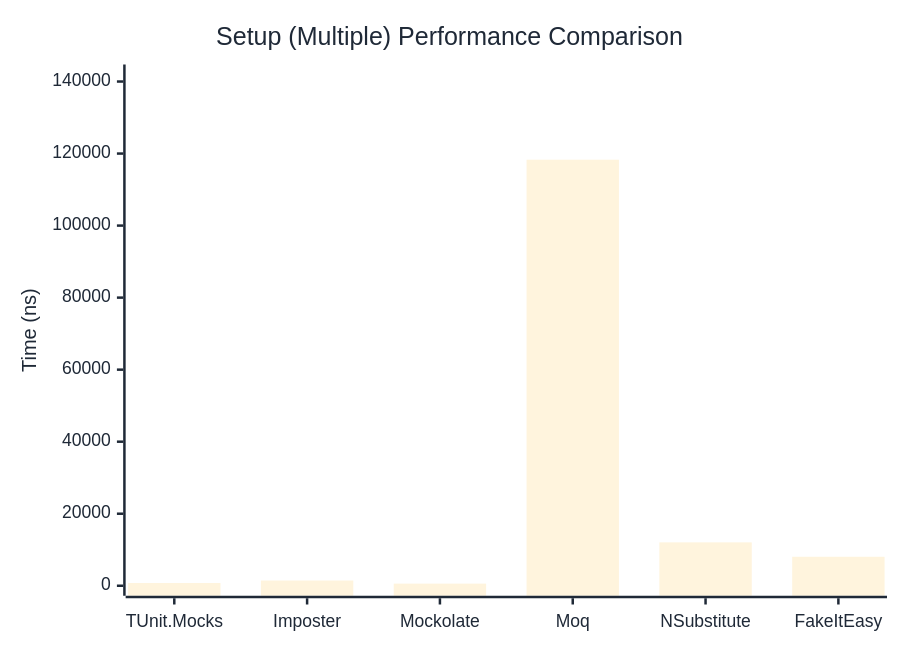
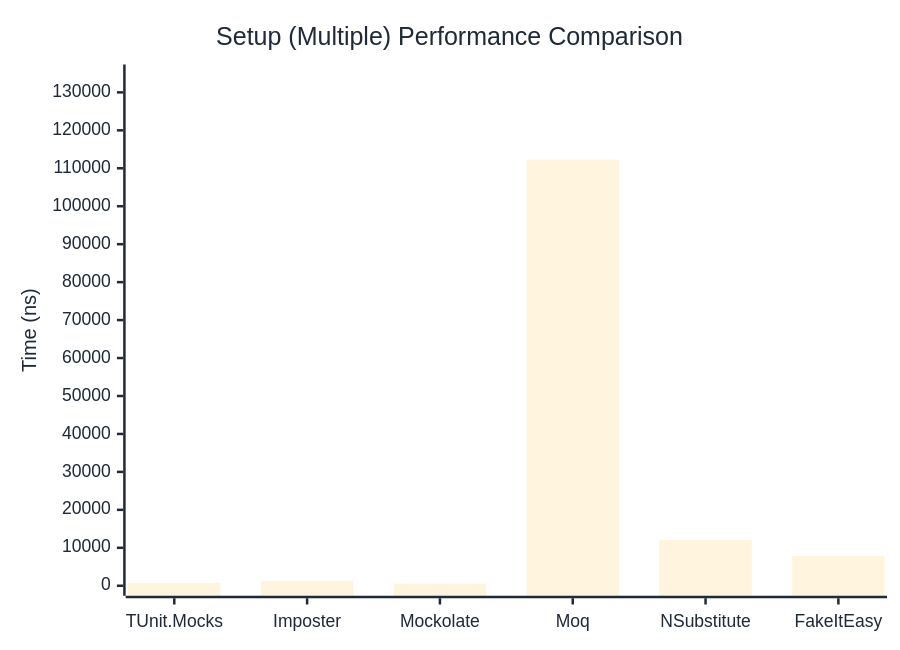
The second of 2 diagrams in docs/docs/benchmarks/mocks/Setup.md (thomhurst/TUnit), drawn with Mermaid before and after one commit. The commit also changed other lines of this file and 14 other files, not shown here.

````diff
--- a/docs/docs/benchmarks/mocks/Setup.md
+++ b/docs/docs/benchmarks/mocks/Setup.md
@@ -69,27 +69,27 @@
 ```mermaid
 %%{init: {
   'theme':'base',
   'themeVariables': {
     'primaryColor': '#2563eb',
     'primaryTextColor': '#1f2937',
     'primaryBorderColor': '#1e40af',
     'lineColor': '#6b7280',
     'secondaryColor': '#7c3aed',
     'tertiaryColor': '#dc2626',
     'background': '#ffffff',
     'pie1': '#2563eb',
     'pie2': '#7c3aed',
     'pie3': '#dc2626',
     'pie4': '#f59e0b',
     'pie5': '#10b981',
     'pie6': '#06b6d4',
     'pie7': '#ec4899',
     'pie8': '#6366f1'
   }
 }}%%
 xychart-beta
   title "Setup (Multiple) Performance Comparison"
   x-axis ["TUnit.Mocks", "Imposter", "Mockolate", "Moq", "NSubstitute", "FakeItEasy"]
-  y-axis "Time (ns)" 0 --> 141953
-  bar [767.5, 1451.7, 590.5, 118294.1, 12047.1, 8051.4]
+  y-axis "Time (ns)" 0 --> 134710
+  bar [739.9, 1281.8, 548.4, 112257.9, 12039, 7883.2]
 ```
````
